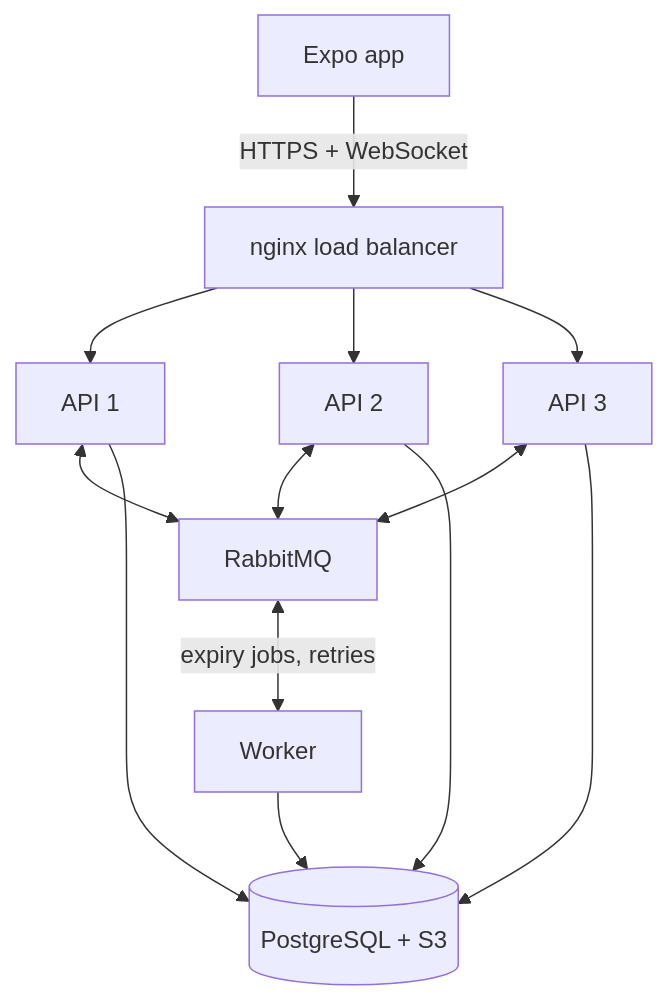
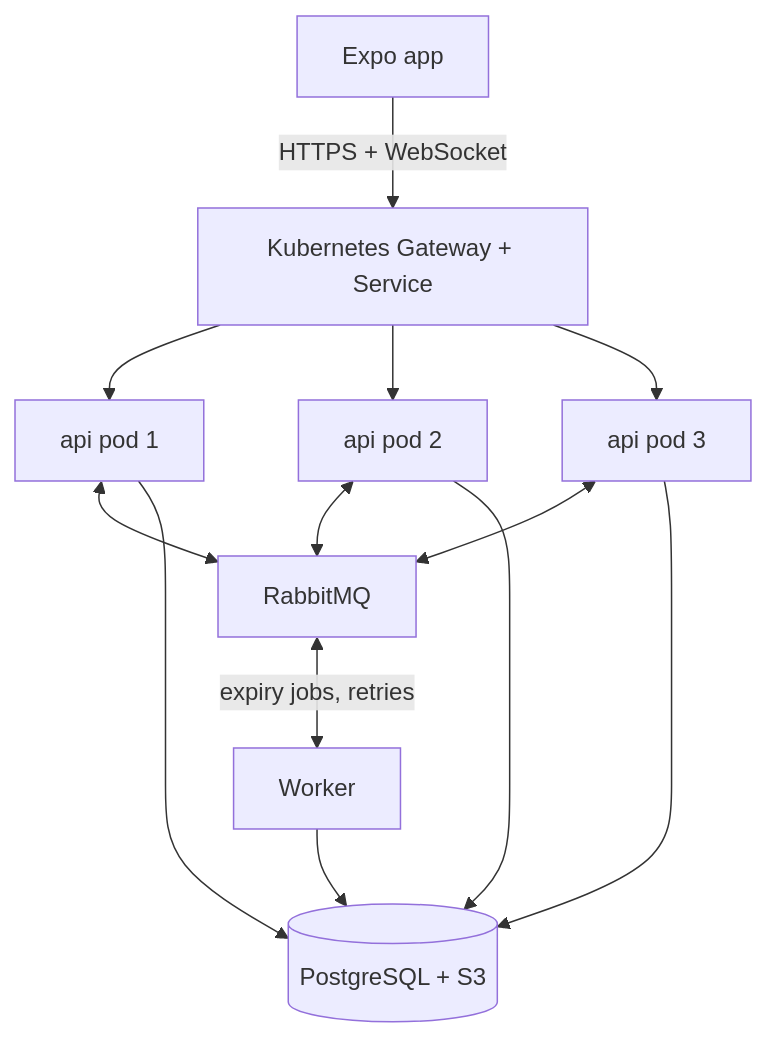
One commit to devinder-dev/snap changed the second of 4 diagrams in README.md. Above: the diagram before and after it, drawn with Mermaid. The commit also changed other lines of this file and 9 other files, not shown here.

````diff
--- a/README.md
+++ b/README.md
@@ -42,15 +42,15 @@
 ```mermaid
 flowchart TB
-    app["Expo app"] -->|"HTTPS + WebSocket"| lb["nginx load balancer"]
-    lb --> api1["API 1"]
-    lb --> api2["API 2"]
-    lb --> api3["API 3"]
+    app["Expo app"] -->|"HTTPS + WebSocket"| lb["Kubernetes Gateway + Service"]
+    lb --> api1["api pod 1"]
+    lb --> api2["api pod 2"]
+    lb --> api3["api pod 3"]
     api1 <--> mq["RabbitMQ"]
     api2 <--> mq
     api3 <--> mq
     mq <-->|"expiry jobs, retries"| worker["Worker"]
     worker --> data[("PostgreSQL + S3")]
     api1 --> data
     api2 --> data
     api3 --> data
 ```
````
